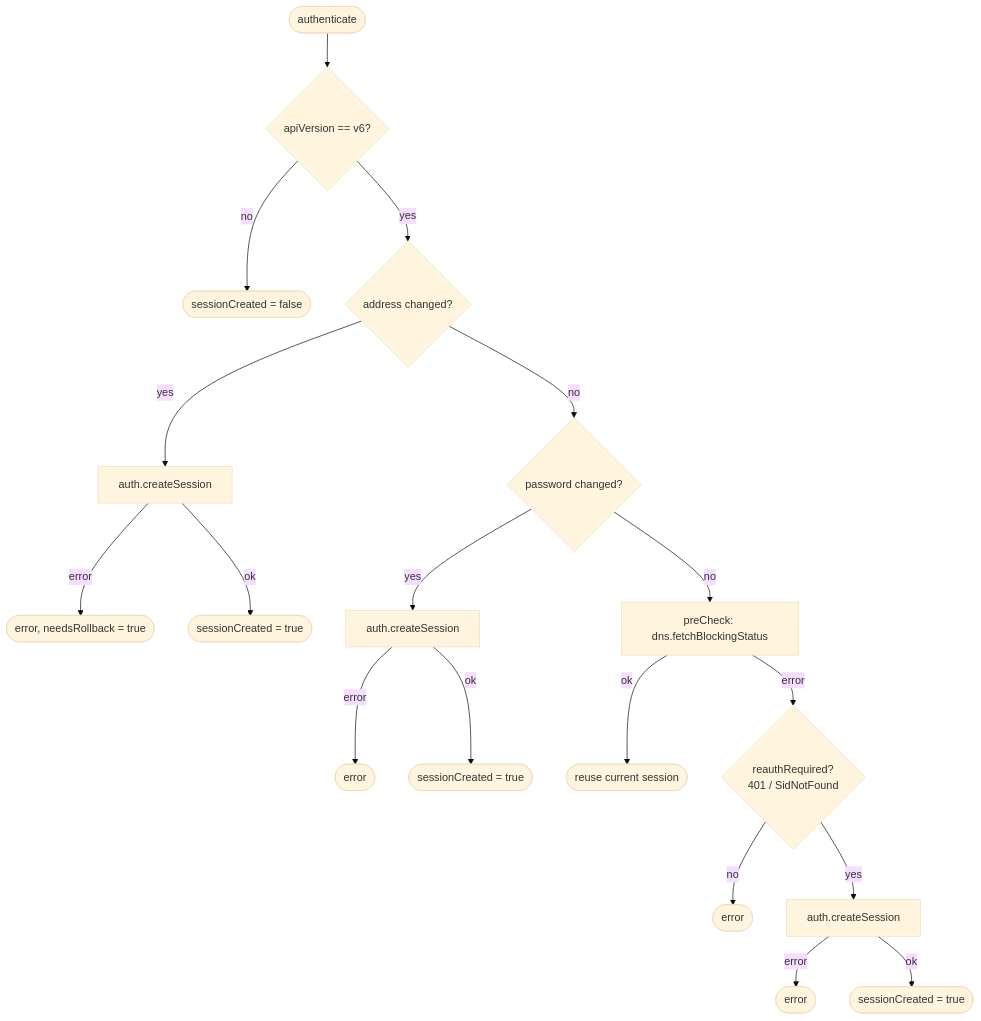
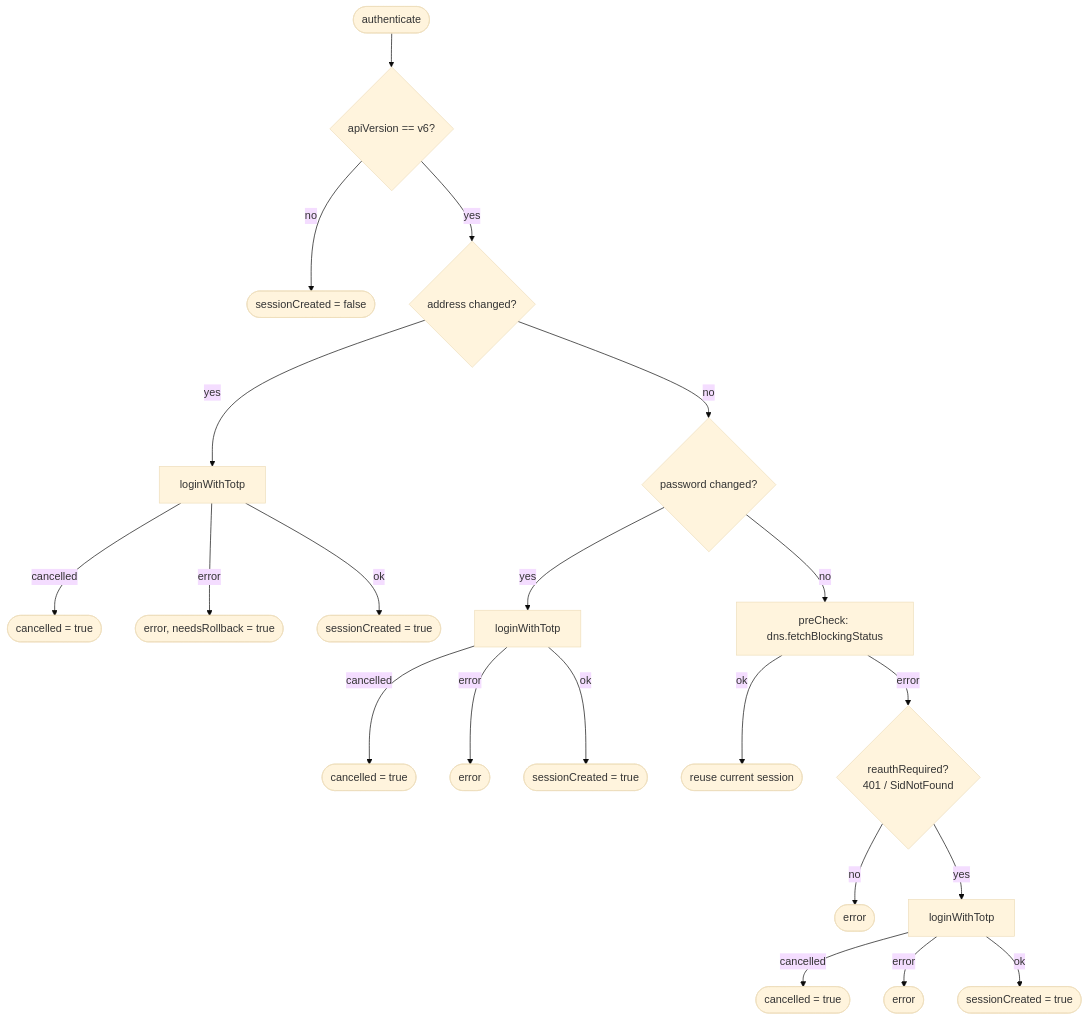
Before and after one commit to tsutsu3/pi-hole-client: the fourth of 7 diagrams in docs/server-connection-flow.md, drawn with Mermaid (base theme). The commit also changed other lines of this file and 57 other files, not shown here.

````diff
--- a/docs/server-connection-flow.md
+++ b/docs/server-connection-flow.md
@@ -91,20 +101,23 @@
 ```mermaid
 flowchart TD
   A([authenticate]) --> Z{apiVersion == v6?}
   Z -- no --> N0([sessionCreated = false])
   Z -- yes --> B{address changed?}
-  B -- yes --> C[auth.createSession]
+  B -- yes --> C[loginWithTotp]
+  C -- cancelled --> CC([cancelled = true])
   C -- error --> CE([error, needsRollback = true])
   C -- ok --> CS([sessionCreated = true])
   B -- no --> D{password changed?}
-  D -- yes --> E[auth.createSession]
+  D -- yes --> E[loginWithTotp]
+  E -- cancelled --> EC([cancelled = true])
   E -- error --> EE([error])
   E -- ok --> ES([sessionCreated = true])
   D -- no --> P[preCheck: dns.fetchBlockingStatus]
   P -- ok --> N1([reuse current session])
   P -- error --> R{reauthRequired?<br/>401 / SidNotFound}
   R -- no --> RE([error])
-  R -- yes --> H[auth.createSession]
+  R -- yes --> H[loginWithTotp]
+  H -- cancelled --> HC([cancelled = true])
   H -- error --> HE([error])
   H -- ok --> HS([sessionCreated = true])
 ```
````
